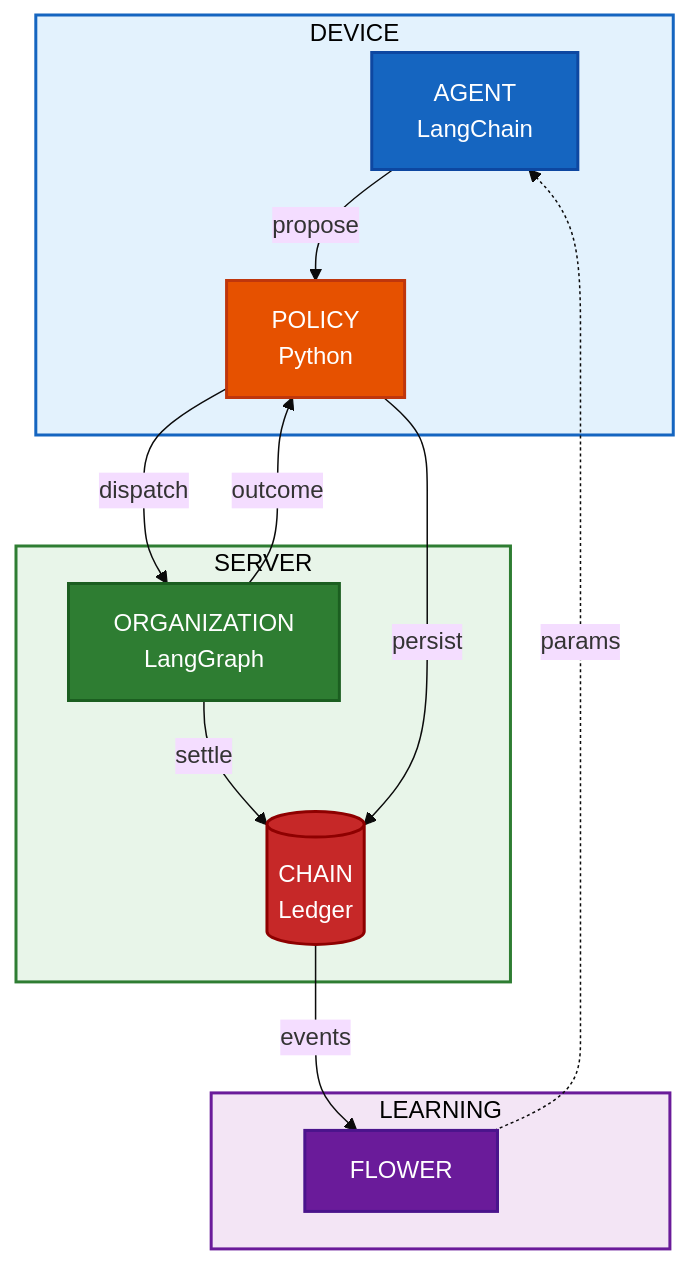
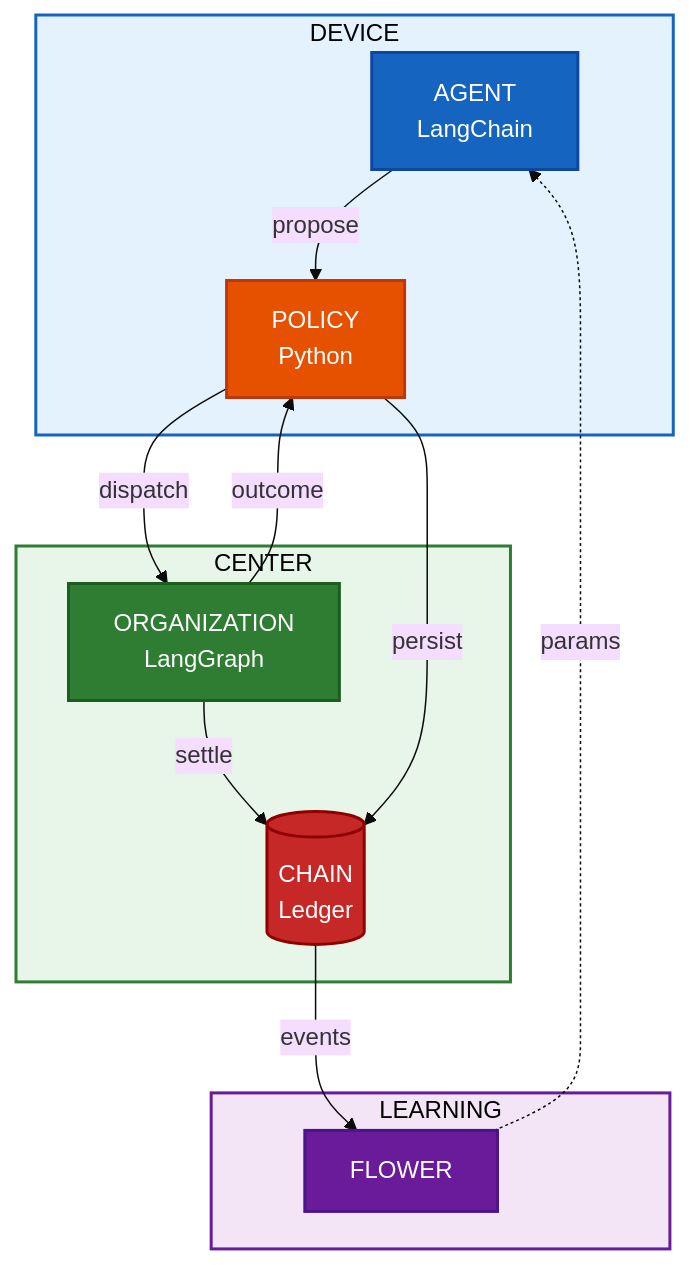
Before and after one commit to doyouwantto2/ofmis: the first of 3 diagrams in README.md, drawn with Mermaid (base theme). The commit also changed 22 other files, not shown here.

Commit message:
refactor: rename server to center

````diff
--- a/README.md
+++ b/README.md
@@ -3,34 +3,34 @@
 ```mermaid
 flowchart TB
     subgraph Device["DEVICE"]
         A[AGENT<br/>LangChain]
         P[POLICY<br/>Python]
     end
 
-    subgraph server["SERVER"]
+    subgraph center["CENTER"]
         O[ORGANIZATION<br/>LangGraph]
         C[(CHAIN<br/>Ledger)]
     end
 
     subgraph ML["LEARNING"]
         F[FLOWER]
     end
 
     A -->|propose| P
     P -->|dispatch| O
     O -->|outcome| P
     O -->|settle| C
     P -->|persist| C
     C -->|events| F
     F -.->|params| A
 
     style A fill:#1565C0,color:#FFFFFF,stroke:#0D47A1,stroke-width:2px
     style P fill:#E65100,color:#FFFFFF,stroke:#BF360C,stroke-width:2px
     style O fill:#2E7D32,color:#FFFFFF,stroke:#1B5E20,stroke-width:2px
     style C fill:#C62828,color:#FFFFFF,stroke:#8E0000,stroke-width:2px
     style F fill:#6A1B9A,color:#FFFFFF,stroke:#4A148C,stroke-width:2px
 
     style Device fill:#E3F2FD,stroke:#1565C0,stroke-width:2px,color:#000000
-    style server fill:#E8F5E9,stroke:#2E7D32,stroke-width:2px,color:#000000
+    style center fill:#E8F5E9,stroke:#2E7D32,stroke-width:2px,color:#000000
     style ML fill:#F3E5F5,stroke:#6A1B9A,stroke-width:2px,color:#000000
 ```
````
